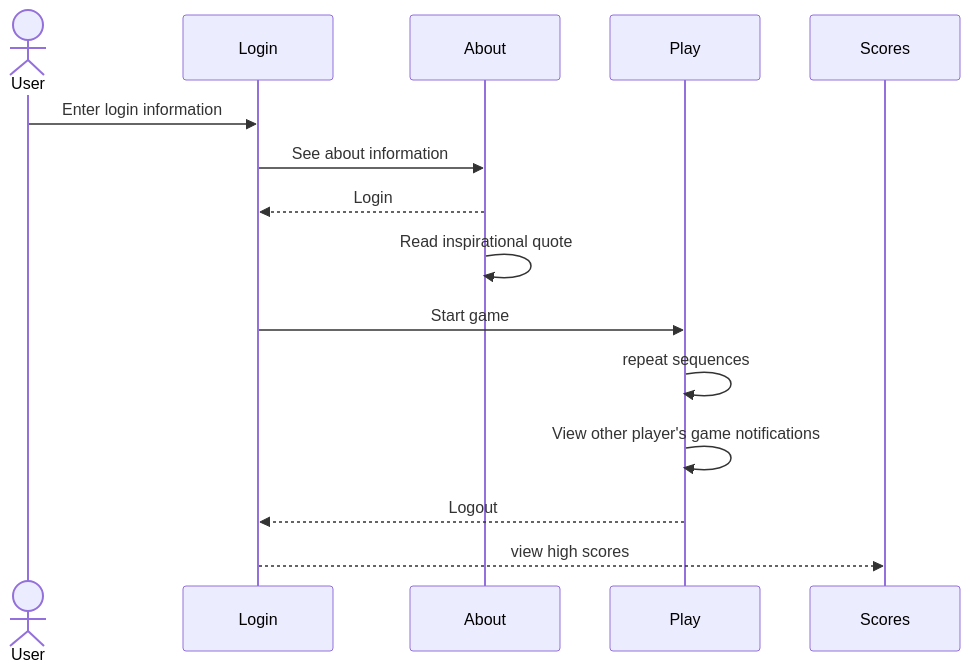
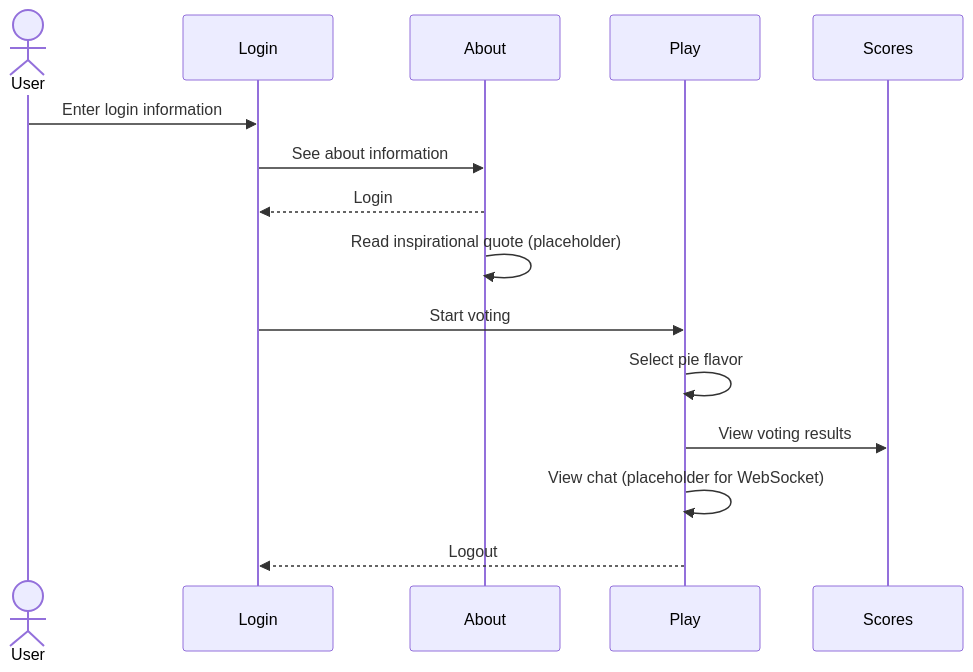
The diagram in README.md (jeremiahu2/simon-html), drawn with Mermaid before and after one commit. The commit also changed other lines of this file, not shown here.

````diff
--- a/README.md
+++ b/README.md
@@ -31,13 +31,13 @@
 ```mermaid
 sequenceDiagram
     actor User
     User->>Login: Enter login information
     Login->>About: See about information
     About-->>Login: Login
-    About->>About: Read inspirational quote
-    Login->>Play: Start game
-    Play->>Play: repeat sequences
-    Play->>Play: View other player's game notifications
+    About->>About: Read inspirational quote (placeholder)
+    Login->>Play: Start voting
+    Play->>Play: Select pie flavor
+    Play->>Scores: View voting results
+    Play->>Play: View chat (placeholder for WebSocket)
     Play-->>Login: Logout
-    Login-->>Scores: view high scores
 ```
````
